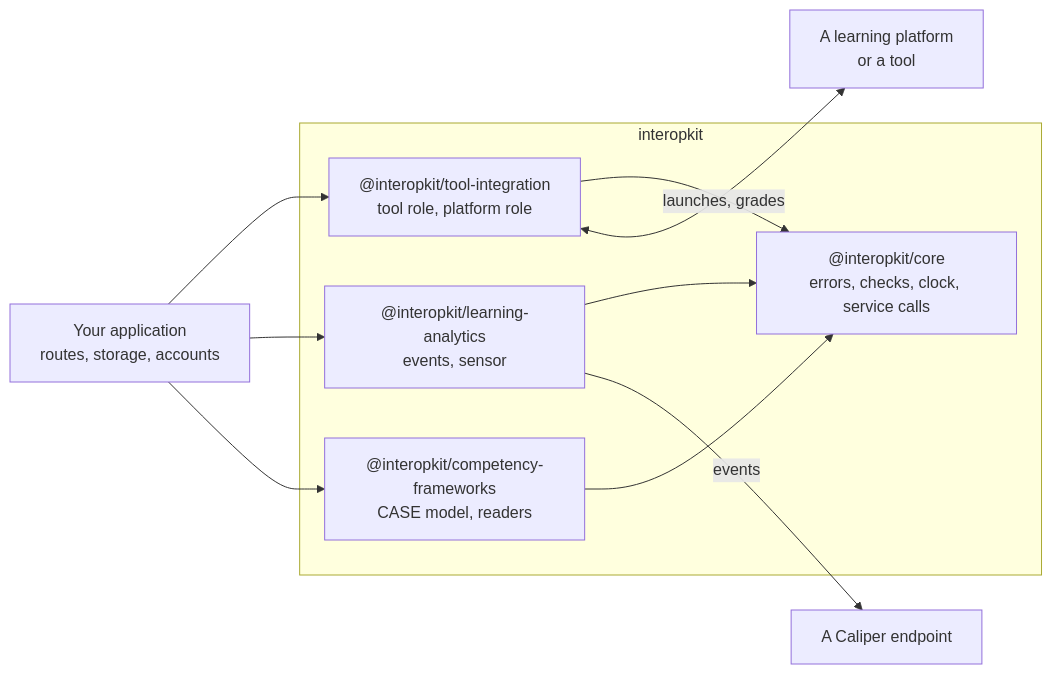
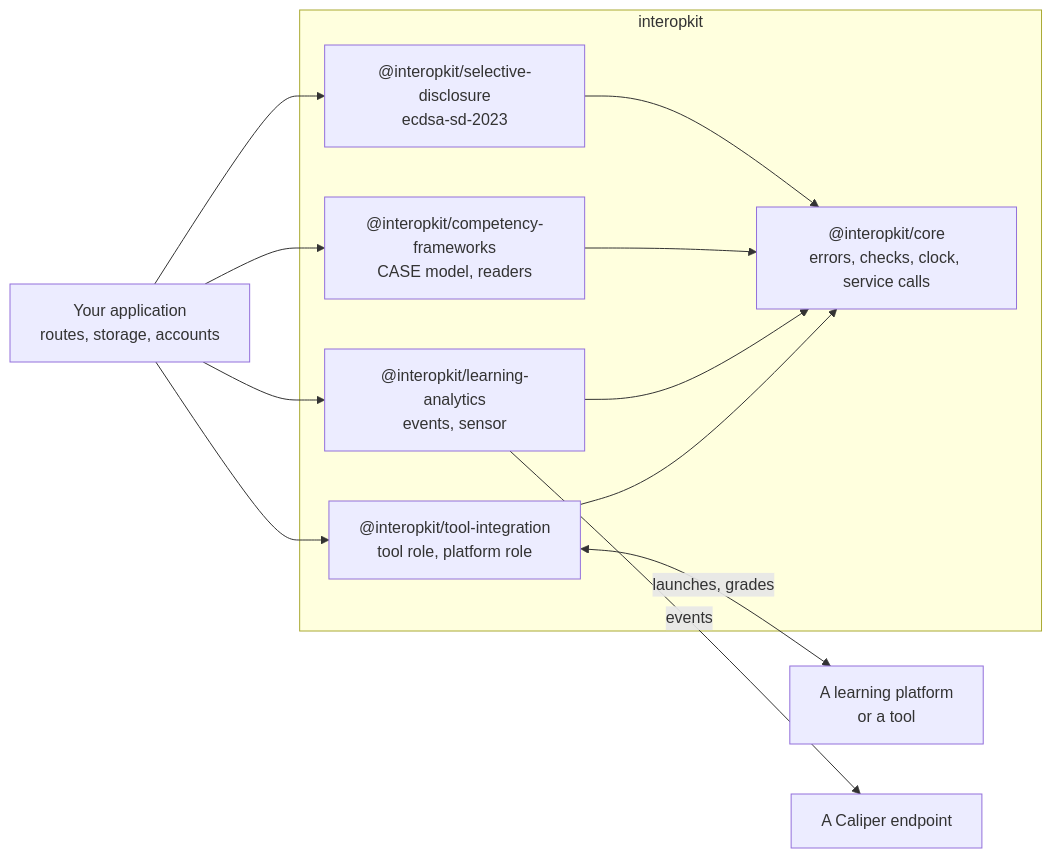
One commit to interopkit/interopkit changed the diagram in README.md. Above: the diagram before and after it, drawn with Mermaid. The commit also changed other lines of this file and 89 other files, not shown here.

First line of the commit message:
Add selective-disclosure: the ecdsa-sd-2023 cryptosuite with base proofs, derived proofs and verification

````diff
--- a/README.md
+++ b/README.md
@@ -10,20 +11,23 @@
 ```mermaid
 flowchart LR
   host["Your application<br/>routes, storage, accounts"]
   subgraph interopkit["interopkit"]
     core["@interopkit/core<br/>errors, checks, clock, service calls"]
     tool["@interopkit/tool-integration<br/>tool role, platform role"]
     analytics["@interopkit/learning-analytics<br/>events, sensor"]
     frameworks["@interopkit/competency-frameworks<br/>CASE model, readers"]
+    disclosure["@interopkit/selective-disclosure<br/>ecdsa-sd-2023"]
     tool --> core
     analytics --> core
     frameworks --> core
+    disclosure --> core
   end
   platform["A learning platform<br/>or a tool"]
   endpoint["A Caliper endpoint"]
   host --> tool
   host --> analytics
   host --> frameworks
+  host --> disclosure
   tool <-->|"launches, grades"| platform
   analytics -->|"events"| endpoint
 ```
````
